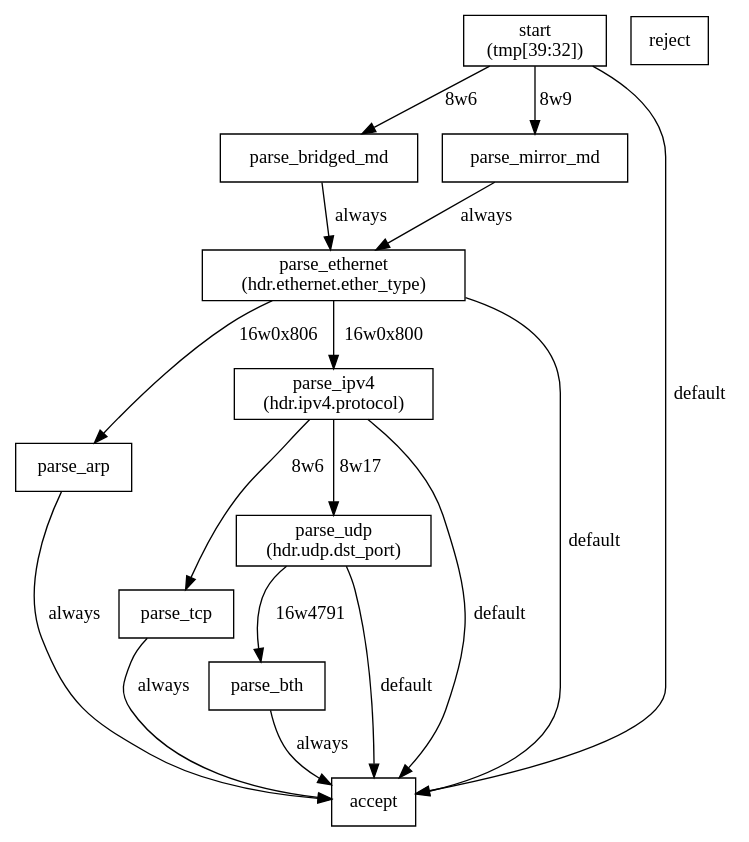
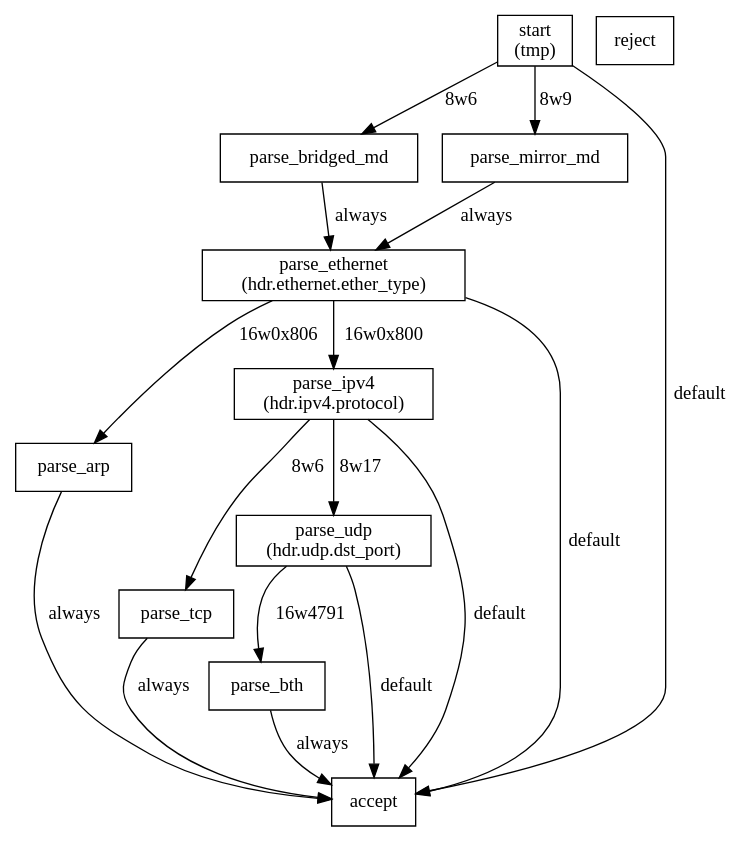
The diagram in P4/tofino2/pipe/graphs/EgressParser.dot (Networked-System-and-Security-Group/Themis), drawn with Graphviz before and after one commit. The commit also changed 39 other files, not shown here.

```diff
--- a/P4/tofino2/pipe/graphs/EgressParser.dot
+++ b/P4/tofino2/pipe/graphs/EgressParser.dot
@@ -1,33 +1,33 @@
 digraph EgressParser{
 start [shape=rectangle,label="start
-(tmp[39:32])"]
+(tmp)"]
 parse_bridged_md [shape=rectangle,label="parse_bridged_md"]
 parse_mirror_md [shape=rectangle,label="parse_mirror_md"]
 parse_ethernet [shape=rectangle,label="parse_ethernet
 (hdr.ethernet.ether_type)"]
 parse_arp [shape=rectangle,label="parse_arp"]
 parse_ipv4 [shape=rectangle,label="parse_ipv4
 (hdr.ipv4.protocol)"]
 parse_tcp [shape=rectangle,label="parse_tcp"]
 parse_udp [shape=rectangle,label="parse_udp
 (hdr.udp.dst_port)"]
 parse_bth [shape=rectangle,label="parse_bth"]
 accept [shape=rectangle,label="accept"]
 reject [shape=rectangle,label="reject"]
 start -> parse_mirror_md [label="8w9"]
 start -> parse_bridged_md [label="8w6"]
 start -> accept [label="default"]
 parse_bridged_md -> parse_ethernet [label="always"]
 parse_mirror_md -> parse_ethernet [label="always"]
 parse_ethernet -> parse_ipv4 [label="16w0x800"]
 parse_ethernet -> parse_arp [label="16w0x806"]
 parse_ethernet -> accept [label="default"]
 parse_arp -> accept [label="always"]
 parse_ipv4 -> parse_tcp [label="8w6"]
 parse_ipv4 -> parse_udp [label="8w17"]
 parse_ipv4 -> accept [label="default"]
 parse_tcp -> accept [label="always"]
 parse_udp -> parse_bth [label="16w4791"]
 parse_udp -> accept [label="default"]
 parse_bth -> accept [label="always"]
 }
```
